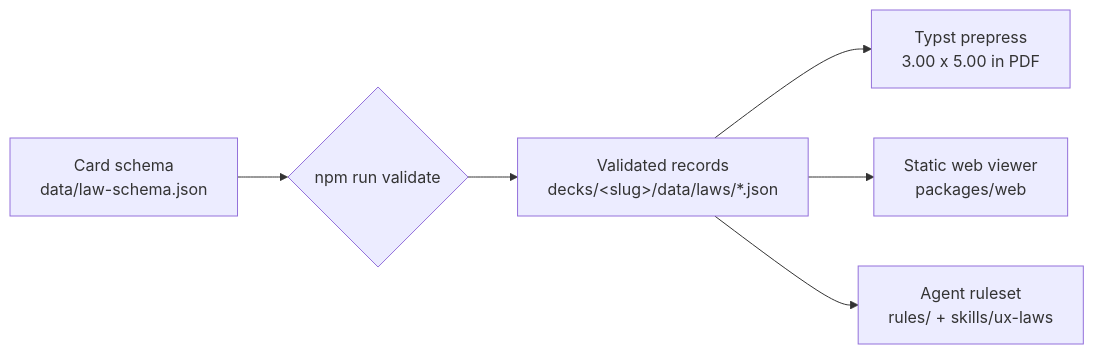
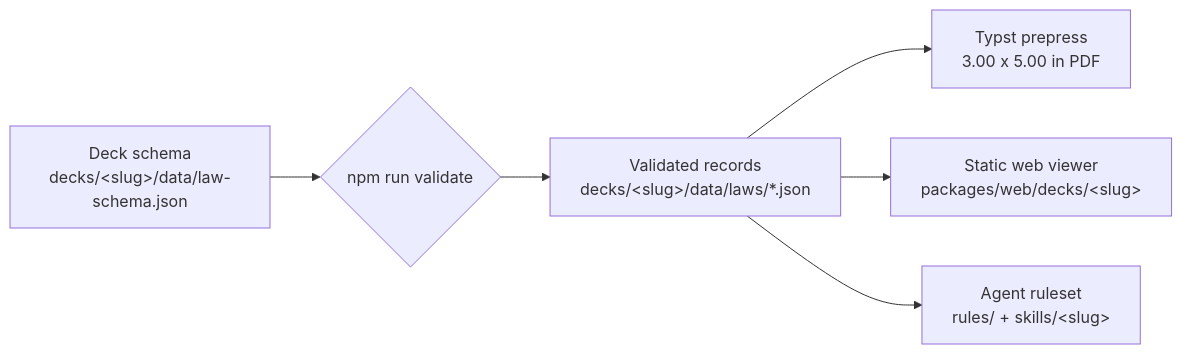
The diagram in README.md (tjmustard/knowledge-domain-decks-skills), drawn with Mermaid before and after one commit. The commit also changed other lines of this file and 11 other files, not shown here.

First line of the commit message:
Surface both decks: platform README, web index, per-deck CI

````diff
--- a/README.md
+++ b/README.md
@@ -39,8 +47,8 @@
 ```mermaid
 flowchart LR
-    Schema["Card schema<br/>data/law-schema.json"] --> Check{"npm run validate"}
+    Schema["Deck schema<br/>decks/&lt;slug&gt;/data/law-schema.json"] --> Check{"npm run validate"}
     Check --> Data["Validated records<br/>decks/&lt;slug&gt;/data/laws/*.json"]
     Data --> Print["Typst prepress<br/>3.00 x 5.00 in PDF"]
-    Data --> Web["Static web viewer<br/>packages/web"]
-    Data --> Rules["Agent ruleset<br/>rules/ + skills/ux-laws"]
+    Data --> Web["Static web viewer<br/>packages/web/decks/&lt;slug&gt;"]
+    Data --> Rules["Agent ruleset<br/>rules/ + skills/&lt;slug&gt;"]
 ```
````
